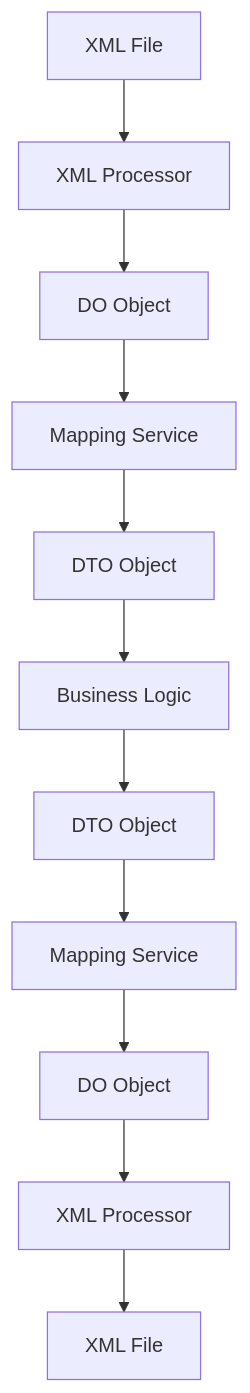
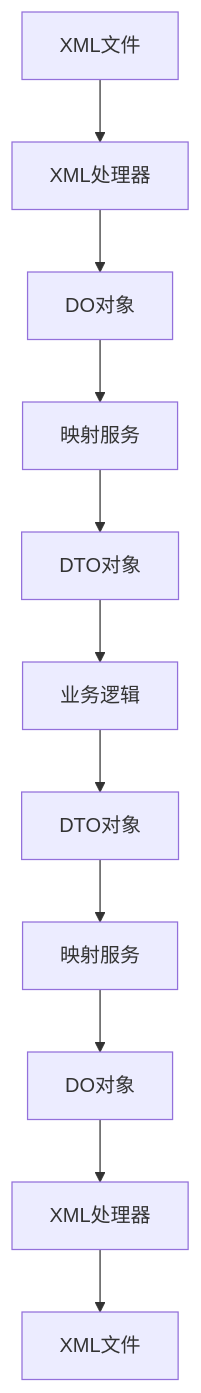
The third of 3 diagrams in docs/reference/architecture.md (BannerlordModer/BannerlordModEditor), drawn with Mermaid before and after one commit. The commit also changed other lines of this file, not shown here.

First line of the commit message:
docs: translate architecture document to Chinese and fix C4Container rendering

````diff
--- a/docs/reference/architecture.md
+++ b/docs/reference/architecture.md
@@ -110,13 +110,13 @@
 ```mermaid
 graph TD
-    A[XML File] --> B[XML Processor]
-    B --> C[DO Object]
-    C --> D[Mapping Service]
-    D --> E[DTO Object]
-    E --> F[Business Logic]
-    F --> G[DTO Object]
-    G --> H[Mapping Service]
-    H --> I[DO Object]
-    I --> J[XML Processor]
-    J --> K[XML File]
+    A[XML文件] --> B[XML处理器]
+    B --> C[DO对象]
+    C --> D[映射服务]
+    D --> E[DTO对象]
+    E --> F[业务逻辑]
+    F --> G[DTO对象]
+    G --> H[映射服务]
+    H --> I[DO对象]
+    I --> J[XML处理器]
+    J --> K[XML文件]
 ```
````
